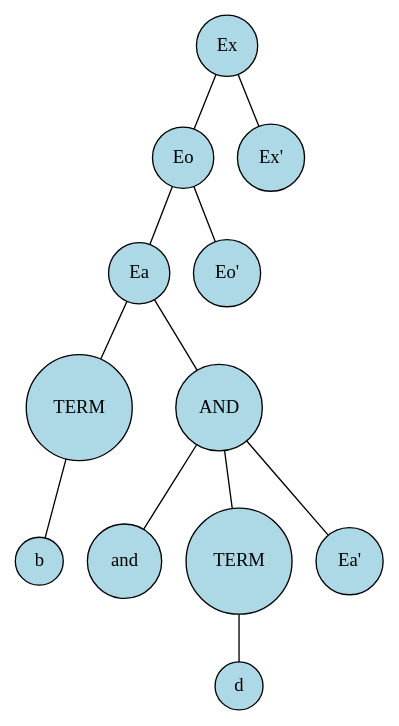
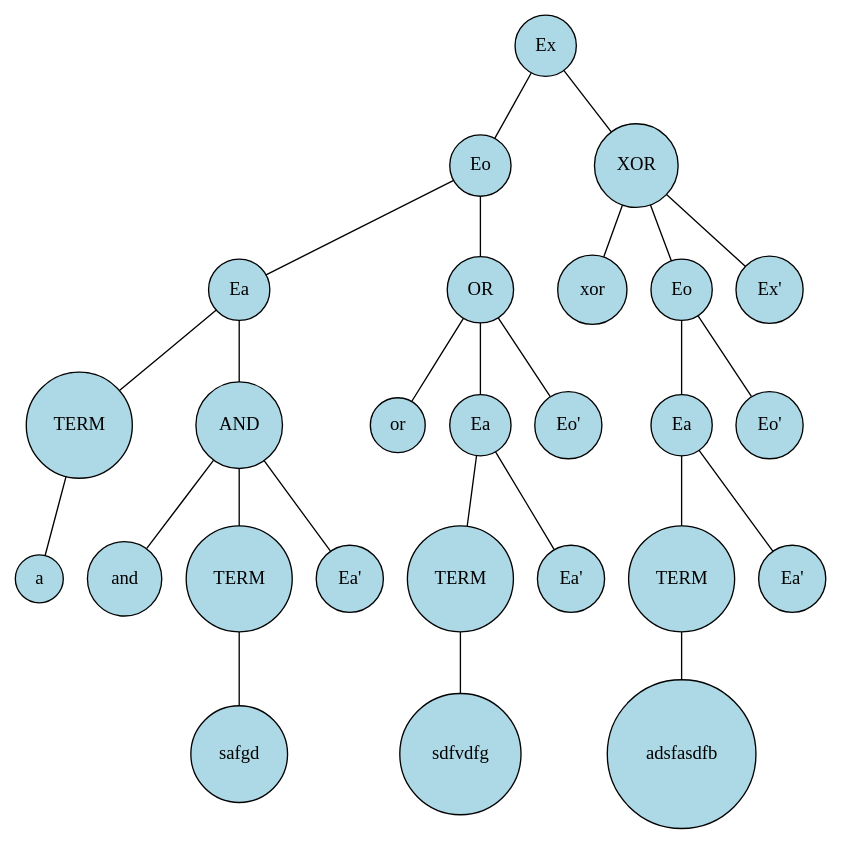
The diagram in src/lab4/pascal/pascal.dot (glotovmikhail/mt), drawn with Graphviz before and after one commit. The commit also changed 15 other files, not shown here.

```diff
--- a/src/lab4/pascal/pascal.dot
+++ b/src/lab4/pascal/pascal.dot
@@ -1,31 +1,66 @@
 graph g {
 	"723074861Ex0" [shape=circle, style=filled, fillcolor="lightblue", label="Ex"];
 	"895328852Eo1" [shape=circle, style=filled, fillcolor="lightblue", label="Eo"];
 	"1304836502Ea2" [shape=circle, style=filled, fillcolor="lightblue", label="Ea"];
 	"225534817TERM3" [shape=circle, style=filled, fillcolor="lightblue", label="TERM"];
-	"1878246837b4" [shape=circle, style=filled, fillcolor="lightblue", label="b"];
-	"225534817TERM3" -- "1878246837b4";
-	{ rank=same"1878246837b4" }
+	"1878246837a4" [shape=circle, style=filled, fillcolor="lightblue", label="a"];
+	"225534817TERM3" -- "1878246837a4";
+	{ rank=same"1878246837a4" }
 	"929338653AND3" [shape=circle, style=filled, fillcolor="lightblue", label="AND"];
 	"1259475182and4" [shape=circle, style=filled, fillcolor="lightblue", label="and"];
 	"1300109446TERM4" [shape=circle, style=filled, fillcolor="lightblue", label="TERM"];
-	"1020371697d5" [shape=circle, style=filled, fillcolor="lightblue", label="d"];
-	"1300109446TERM4" -- "1020371697d5";
-	{ rank=same"1020371697d5" }
+	"1020371697safgd5" [shape=circle, style=filled, fillcolor="lightblue", label="safgd"];
+	"1300109446TERM4" -- "1020371697safgd5";
+	{ rank=same"1020371697safgd5" }
 	"789451787Ea'4" [shape=circle, style=filled, fillcolor="lightblue", label="Ea'"];
 	"929338653AND3" -- "1259475182and4";
 	"929338653AND3" -- "1300109446TERM4";
 	"929338653AND3" -- "789451787Ea'4";
 	{ rank=same"1259475182and4","1300109446TERM4","789451787Ea'4" }
 	"1304836502Ea2" -- "225534817TERM3";
 	"1304836502Ea2" -- "929338653AND3";
 	{ rank=same"225534817TERM3","929338653AND3" }
-	"1950409828Eo'2" [shape=circle, style=filled, fillcolor="lightblue", label="Eo'"];
+	"1950409828OR2" [shape=circle, style=filled, fillcolor="lightblue", label="OR"];
+	"1229416514or3" [shape=circle, style=filled, fillcolor="lightblue", label="or"];
+	"2016447921Ea3" [shape=circle, style=filled, fillcolor="lightblue", label="Ea"];
+	"666988784TERM4" [shape=circle, style=filled, fillcolor="lightblue", label="TERM"];
+	"1414644648sdfvdfg5" [shape=circle, style=filled, fillcolor="lightblue", label="sdfvdfg"];
+	"666988784TERM4" -- "1414644648sdfvdfg5";
+	{ rank=same"1414644648sdfvdfg5" }
+	"640070680Ea'4" [shape=circle, style=filled, fillcolor="lightblue", label="Ea'"];
+	"2016447921Ea3" -- "666988784TERM4";
+	"2016447921Ea3" -- "640070680Ea'4";
+	{ rank=same"666988784TERM4","640070680Ea'4" }
+	"1510467688Eo'3" [shape=circle, style=filled, fillcolor="lightblue", label="Eo'"];
+	"1950409828OR2" -- "1229416514or3";
+	"1950409828OR2" -- "2016447921Ea3";
+	"1950409828OR2" -- "1510467688Eo'3";
+	{ rank=same"1229416514or3","2016447921Ea3","1510467688Eo'3" }
 	"895328852Eo1" -- "1304836502Ea2";
-	"895328852Eo1" -- "1950409828Eo'2";
-	{ rank=same"1304836502Ea2","1950409828Eo'2" }
-	"1229416514Ex'1" [shape=circle, style=filled, fillcolor="lightblue", label="Ex'"];
+	"895328852Eo1" -- "1950409828OR2";
+	{ rank=same"1304836502Ea2","1950409828OR2" }
+	"1995265320XOR1" [shape=circle, style=filled, fillcolor="lightblue", label="XOR"];
+	"746292446xor2" [shape=circle, style=filled, fillcolor="lightblue", label="xor"];
+	"1072591677Eo2" [shape=circle, style=filled, fillcolor="lightblue", label="Eo"];
+	"1523554304Ea3" [shape=circle, style=filled, fillcolor="lightblue", label="Ea"];
+	"1175962212TERM4" [shape=circle, style=filled, fillcolor="lightblue", label="TERM"];
+	"918221580adsfasdfb5" [shape=circle, style=filled, fillcolor="lightblue", label="adsfasdfb"];
+	"1175962212TERM4" -- "918221580adsfasdfb5";
+	{ rank=same"918221580adsfasdfb5" }
+	"2055281021Ea'4" [shape=circle, style=filled, fillcolor="lightblue", label="Ea'"];
+	"1523554304Ea3" -- "1175962212TERM4";
+	"1523554304Ea3" -- "2055281021Ea'4";
+	{ rank=same"1175962212TERM4","2055281021Ea'4" }
+	"1554547125Eo'3" [shape=circle, style=filled, fillcolor="lightblue", label="Eo'"];
+	"1072591677Eo2" -- "1523554304Ea3";
+	"1072591677Eo2" -- "1554547125Eo'3";
+	{ rank=same"1523554304Ea3","1554547125Eo'3" }
+	"617901222Ex'2" [shape=circle, style=filled, fillcolor="lightblue", label="Ex'"];
+	"1995265320XOR1" -- "746292446xor2";
+	"1995265320XOR1" -- "1072591677Eo2";
+	"1995265320XOR1" -- "617901222Ex'2";
+	{ rank=same"746292446xor2","1072591677Eo2","617901222Ex'2" }
 	"723074861Ex0" -- "895328852Eo1";
-	"723074861Ex0" -- "1229416514Ex'1";
-	{ rank=same"895328852Eo1","1229416514Ex'1" }
+	"723074861Ex0" -- "1995265320XOR1";
+	{ rank=same"895328852Eo1","1995265320XOR1" }
 }
```
